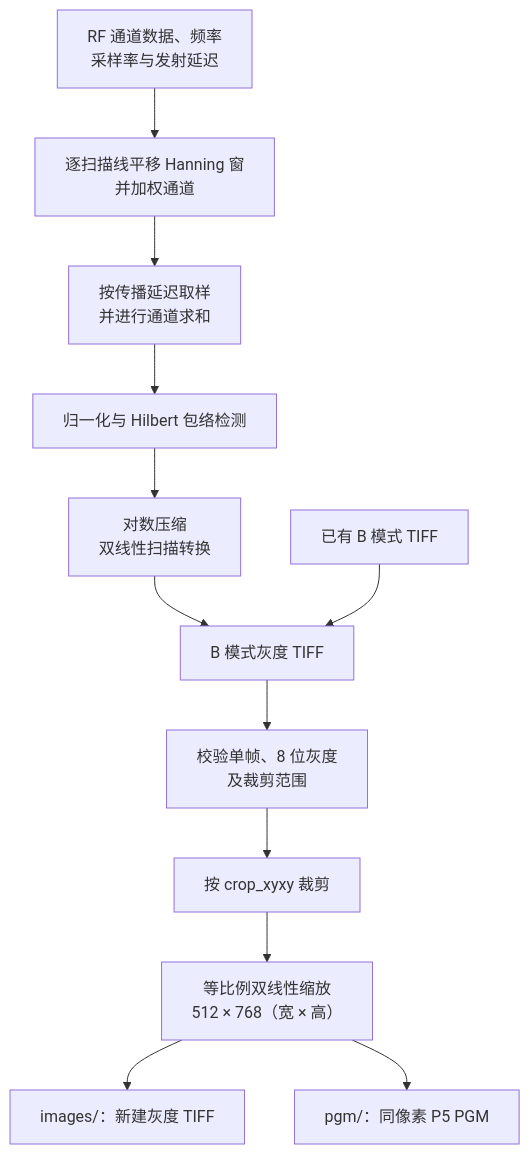
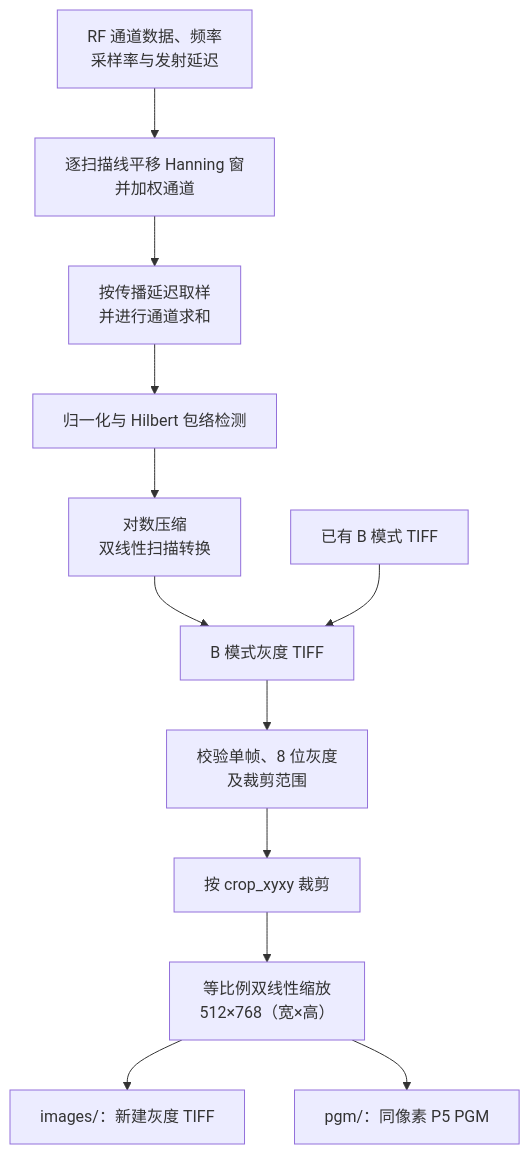
The second of 7 diagrams in README_zh-CN.md (LumaVistaLab/hevc-ksvd-mamba-for-ultrasound), drawn with Mermaid before and after one commit. The commit also changed other lines of this file and 3 other files, not shown here.

````diff
--- a/README_zh-CN.md
+++ b/README_zh-CN.md
@@ -138,14 +138,14 @@
 ```mermaid
 flowchart TD
     RF["RF 通道数据、频率<br/>采样率与发射延迟"] --> Window["逐扫描线平移 Hanning 窗<br/>并加权通道"]
     Window --> DAS["按传播延迟取样<br/>并进行通道求和"]
     DAS --> Envelope["归一化与 Hilbert 包络检测"]
     Envelope --> Log["对数压缩<br/>双线性扫描转换"]
     Log --> TIFF["B 模式灰度 TIFF"]
     Existing["已有 B 模式 TIFF"] --> TIFF
     TIFF --> Validate["校验单帧、8 位灰度<br/>及裁剪范围"]
     Validate --> Crop["按 crop_xyxy 裁剪"]
-    Crop --> Resize["等比例双线性缩放<br/>512 × 768（宽 × 高）"]
+    Crop --> Resize["等比例双线性缩放<br/>512×768（宽×高）"]
     Resize --> Images["images/：新建灰度 TIFF"]
     Resize --> PGM["pgm/：同像素 P5 PGM"]
 ```
````
